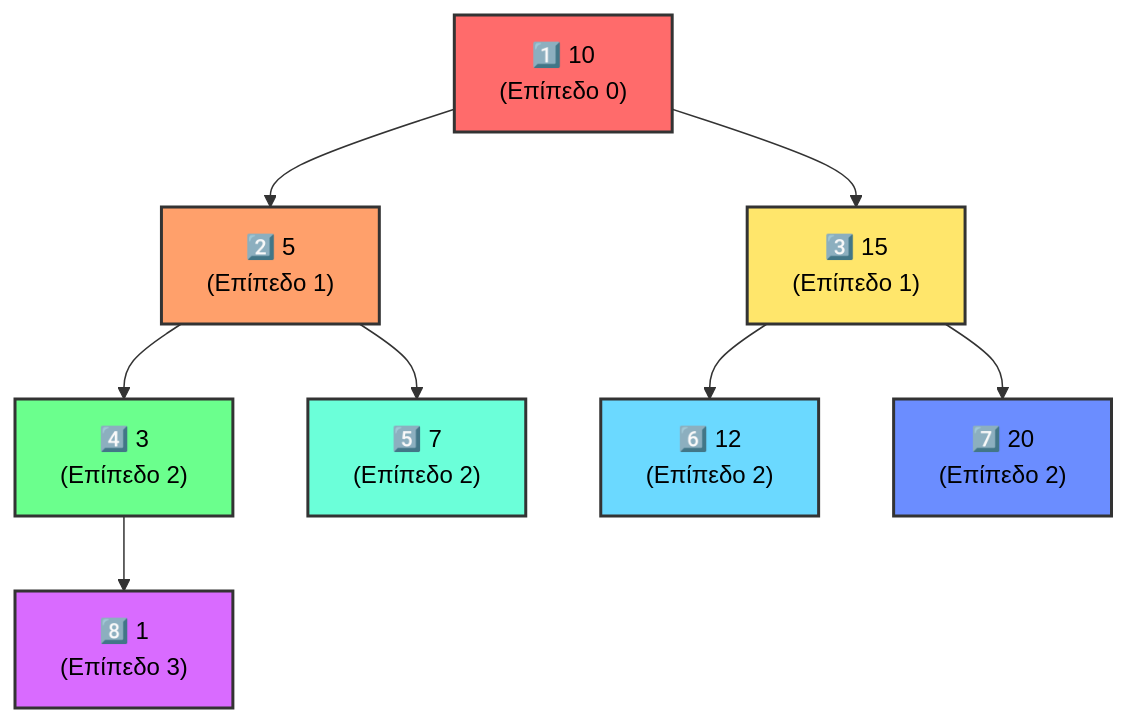
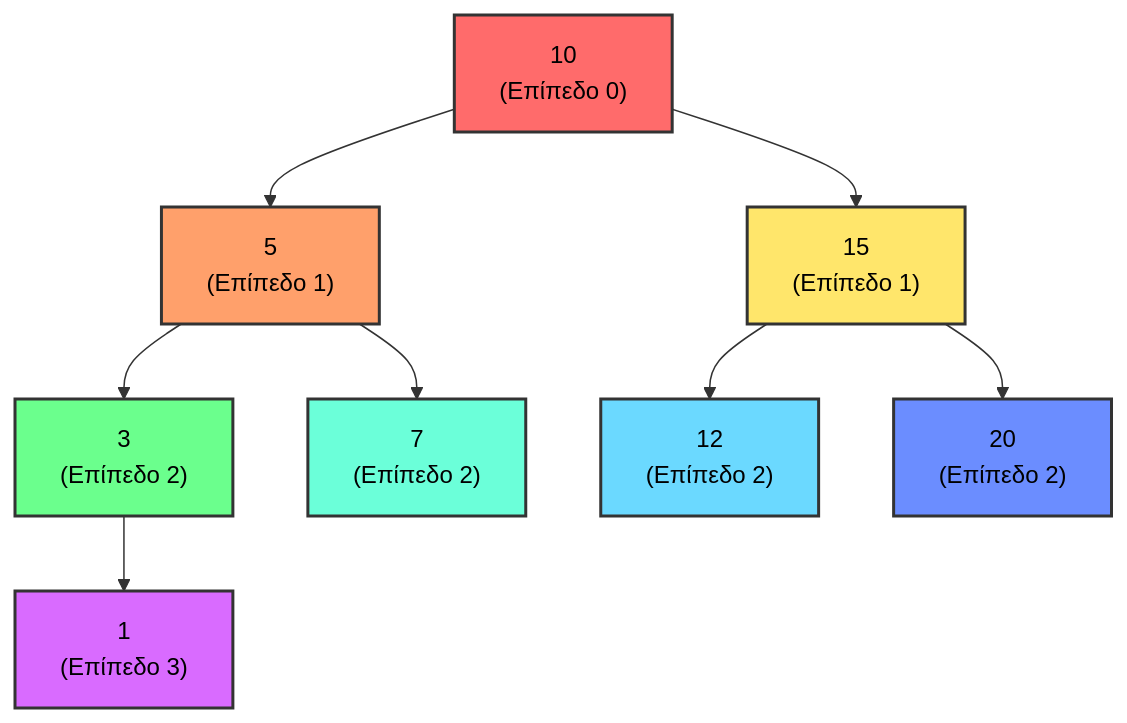
The fifth of 43 diagrams in Year_2/Semester_3/DSA_DATA_STRUCTURES_ALGORITHMS/Lectures/Binary_Trees.md (PanagopoulosNikolaos/DitOpenNotes), drawn with Mermaid before and after one commit. The commit also changed other lines of this file and 24 other files, not shown here.

````diff
--- a/Year_2/Semester_3/DSA_DATA_STRUCTURES_ALGORITHMS/Lectures/Binary_Trees.md
+++ b/Year_2/Semester_3/DSA_DATA_STRUCTURES_ALGORITHMS/Lectures/Binary_Trees.md
@@ -166,19 +166,19 @@
 ```mermaid
 graph TD
-    A["1️⃣ 10<br/>(Επίπεδο 0)"] --> B["2️⃣ 5<br/>(Επίπεδο 1)"]
-    A --> C["3️⃣ 15<br/>(Επίπεδο 1)"]
-    B --> D["4️⃣ 3<br/>(Επίπεδο 2)"]
-    B --> E["5️⃣ 7<br/>(Επίπεδο 2)"]
-    C --> F["6️⃣ 12<br/>(Επίπεδο 2)"]
-    C --> G["7️⃣ 20<br/>(Επίπεδο 2)"]
-    D --> H["8️⃣ 1<br/>(Επίπεδο 3)"]
+    A[" 10<br/>(Επίπεδο 0)"] --> B[" 5<br/>(Επίπεδο 1)"]
+    A --> C[" 15<br/>(Επίπεδο 1)"]
+    B --> D[" 3<br/>(Επίπεδο 2)"]
+    B --> E[" 7<br/>(Επίπεδο 2)"]
+    C --> F[" 12<br/>(Επίπεδο 2)"]
+    C --> G[" 20<br/>(Επίπεδο 2)"]
+    D --> H[" 1<br/>(Επίπεδο 3)"]
     
     style A fill:#ff6b6b,stroke:#333,stroke-width:2px,color:black
     style B fill:#ffa06b,stroke:#333,stroke-width:2px,color:black
     style C fill:#ffe66b,stroke:#333,stroke-width:2px,color:black
     style D fill:#6bff8d,stroke:#333,stroke-width:2px,color:black
     style E fill:#6bffd9,stroke:#333,stroke-width:2px,color:black
     style F fill:#6bd9ff,stroke:#333,stroke-width:2px,color:black
     style G fill:#6b8dff,stroke:#333,stroke-width:2px,color:black
     style H fill:#d96bff,stroke:#333,stroke-width:2px,color:black
 ```
````
